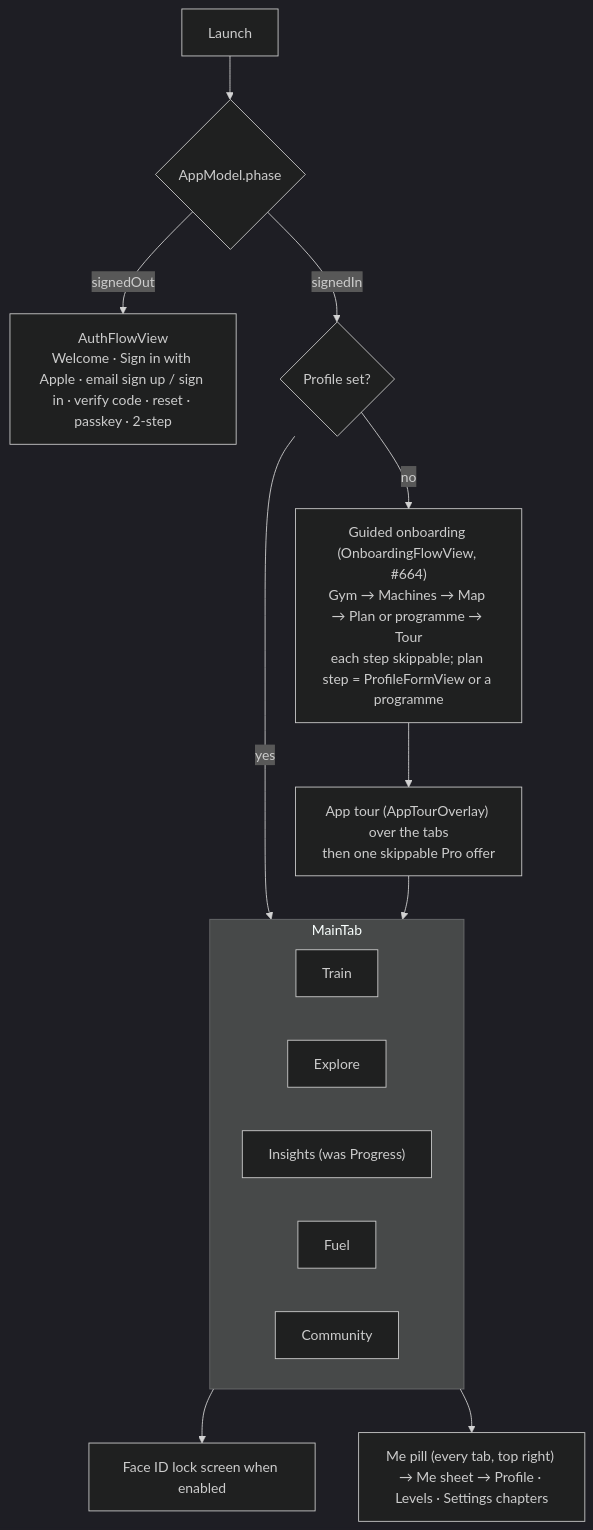
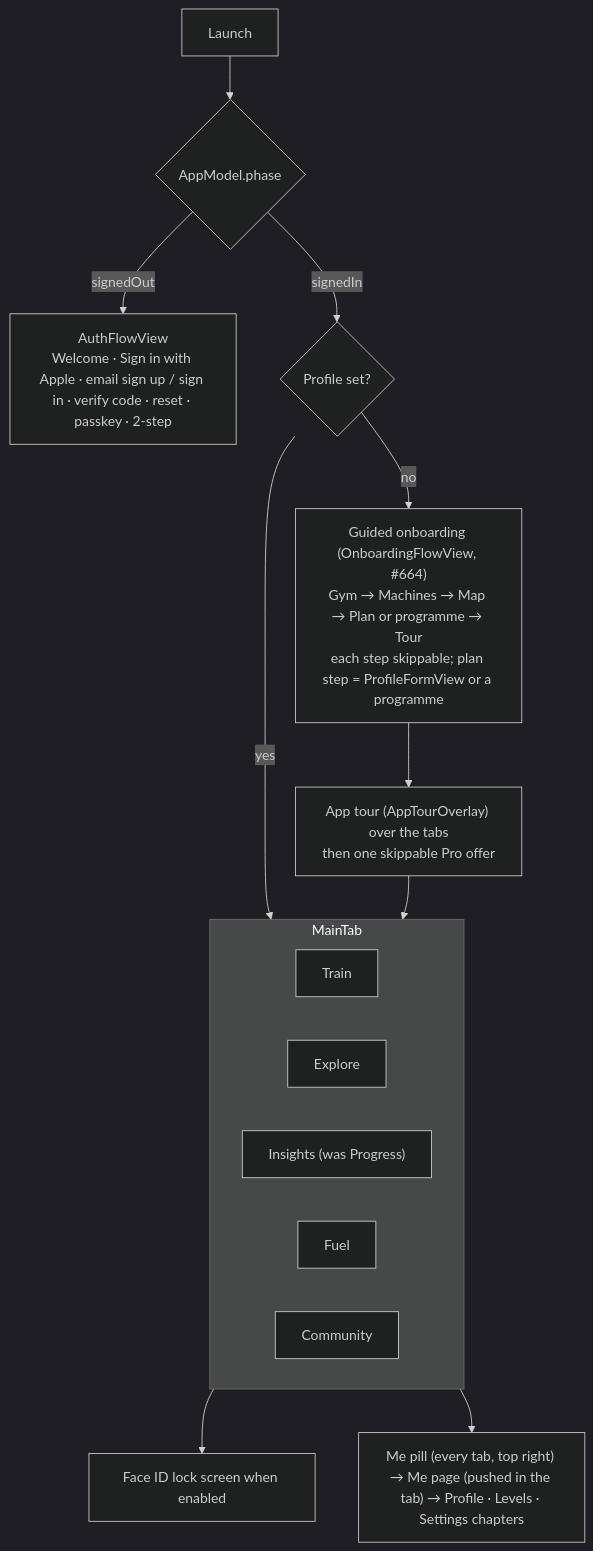
Before and after one commit to jeanyves-figiel/Gym-Workout: the diagram in docs/ios/app.md, drawn with Mermaid (dark theme). The commit also changed other lines of this file and 3 other files, not shown here.

First line of the commit message:
Me page keeps the tab bar: push it in the current tab (#991)

````diff
--- a/docs/ios/app.md
+++ b/docs/ios/app.md
@@ -19,19 +19,19 @@
 ```mermaid
 flowchart TD
   Launch --> Phase{AppModel.phase}
   Phase -- signedOut --> Auth["AuthFlowView<br/>Welcome · Sign in with Apple · email sign up / sign in · verify code · reset · passkey · 2-step"]
   Phase -- signedIn --> Onb{"Profile set?"}
   Onb -- no --> Guided["Guided onboarding (OnboardingFlowView, #664)<br/>Gym → Machines → Map → Plan or programme → Tour<br/>each step skippable; plan step = ProfileFormView or a programme"]
   Onb -- yes --> Tabs
   Guided --> Tour["App tour (AppTourOverlay) over the tabs<br/>then one skippable Pro offer"]
   Tour --> Tabs
   subgraph Tabs["MainTab"]
     Train
     Explore
     Insights["Insights (was Progress)"]
     Fuel
     Community
   end
   Tabs --> Lock["Face ID lock screen when enabled"]
-  Tabs --> Me["Me pill (every tab, top right) → Me sheet → Profile · Levels · Settings chapters"]
+  Tabs --> Me["Me pill (every tab, top right) → Me page (pushed in the tab) → Profile · Levels · Settings chapters"]
 ```
````
